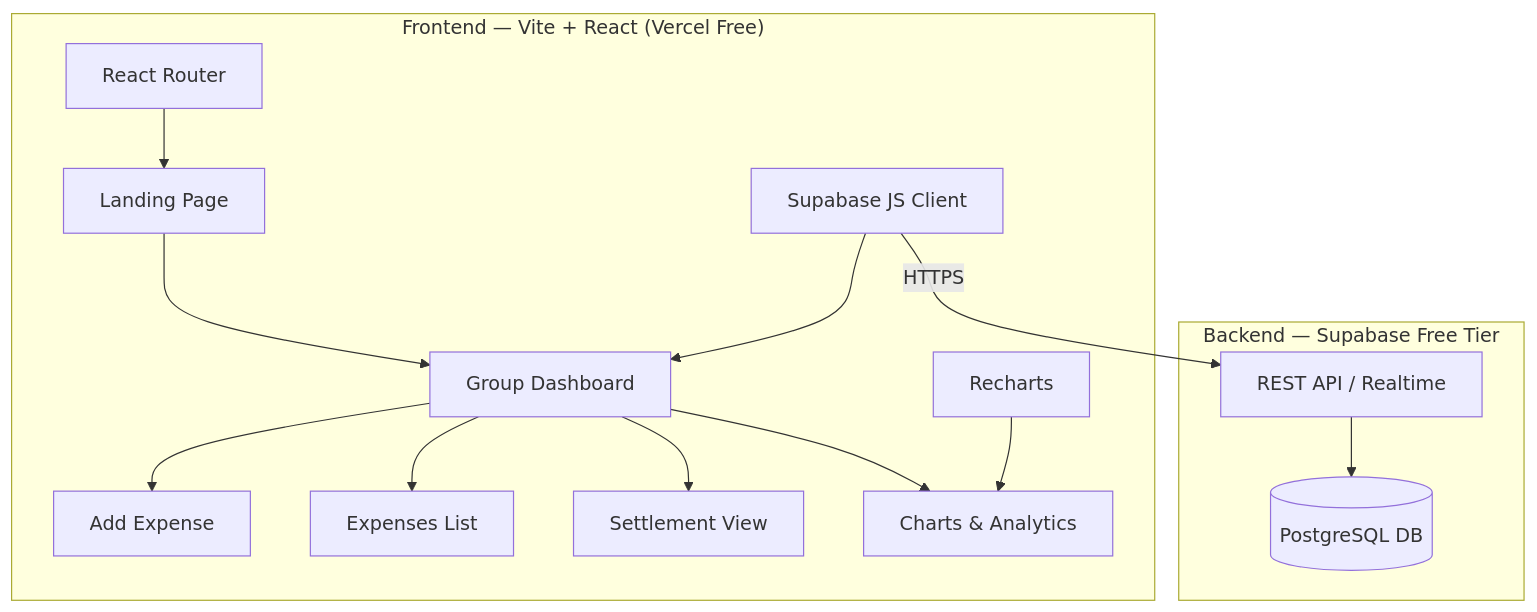
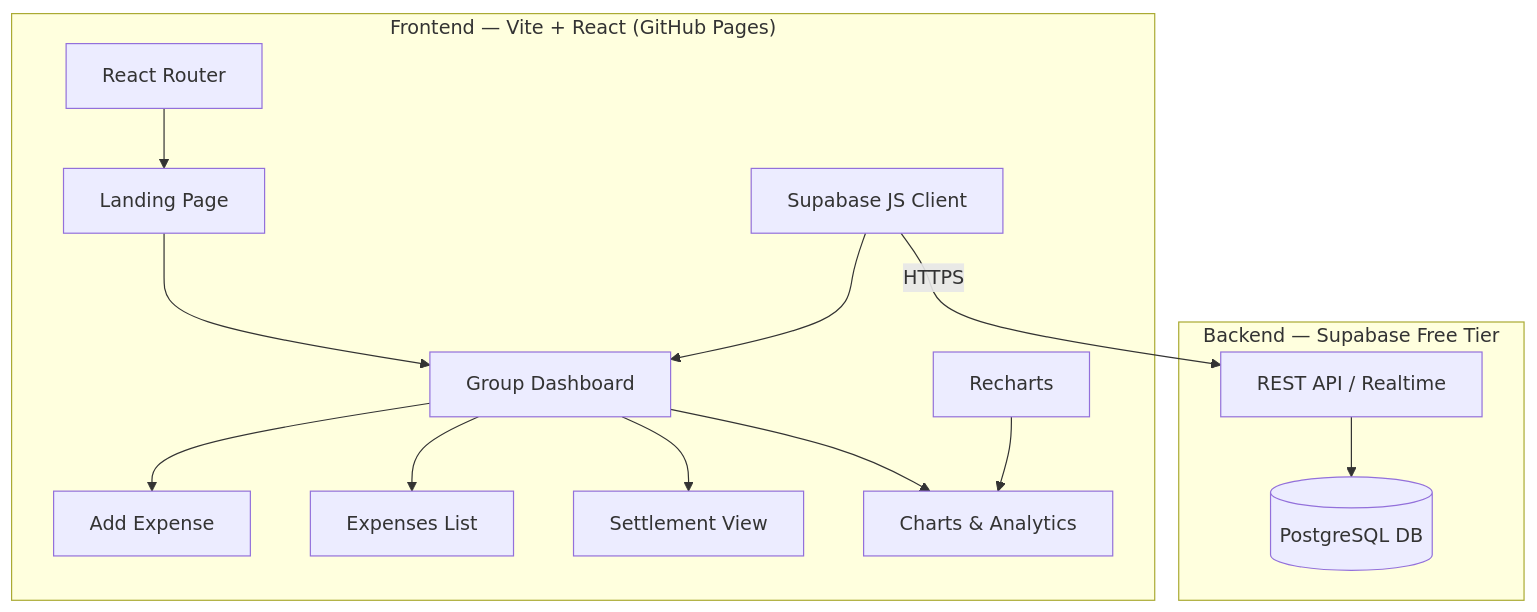
One commit to Ronodeep/expense-tracker changed the first of 3 diagrams in implementation_plan.md. Above: the diagram before and after it, drawn with Mermaid. The commit also changed other lines of this file and 1 other file, not shown here.

Commit message:
docs: update deployment platform to GitHub Pages and mark completed phases

````diff
--- a/implementation_plan.md
+++ b/implementation_plan.md
@@ -14,21 +14,21 @@
 ```mermaid
 graph TB
-    subgraph "Frontend — Vite + React (Vercel Free)"
+    subgraph "Frontend — Vite + React (GitHub Pages)"
         A[Landing Page] --> B[Group Dashboard]
         B --> C[Add Expense]
         B --> D[Expenses List]
         B --> E[Settlement View]
         B --> F[Charts & Analytics]
         G[React Router] --> A
         H[Recharts] --> F
         I[Supabase JS Client] --> B
     end
     
     subgraph "Backend — Supabase Free Tier"
         J[REST API / Realtime]
         K[(PostgreSQL DB)]
         J --> K
     end
     
     I -->|HTTPS| J
 ```
````
